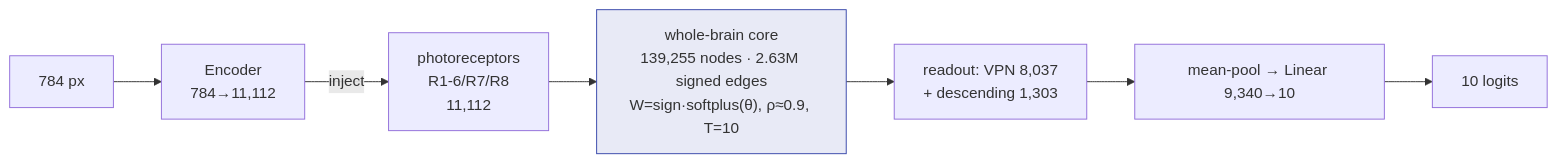
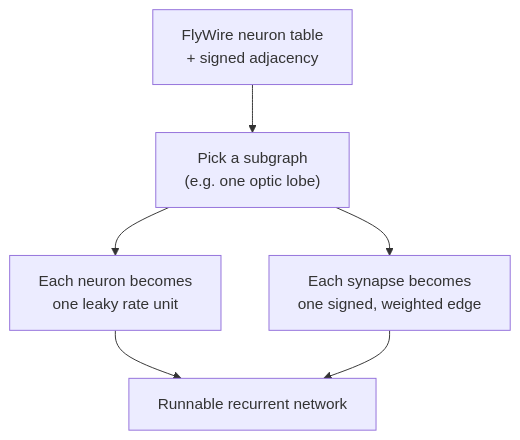
One commit to Mabdel-03/Drosophila-Connectomics---Deep-Learning changed the first of 6 diagrams in 3 - Modeling/MODELS.md. Above: the diagram before and after it, drawn with Mermaid. The commit also changed other lines of this file and 2 other files, not shown here.

````diff
--- a/3 - Modeling/MODELS.md
+++ b/3 - Modeling/MODELS.md
@@ -93,9 +47,8 @@
 ```mermaid
-flowchart LR
-    I["784 px"] --> E["Encoder<br/>784→11,112"]
-    E -->|inject| PR["photoreceptors<br/>R1-6/R7/R8<br/>11,112"]
-    PR --> B["whole-brain core<br/>139,255 nodes · 2.63M signed edges<br/>W=sign·softplus(θ), ρ≈0.9, T=10"]
-    B --> R["readout: VPN 8,037<br/>+ descending 1,303"]
-    R --> H["mean-pool → Linear 9,340→10"] --> O["10 logits"]
-    style B fill:#e8eaf6,stroke:#3949ab
+flowchart TD
+    A["FlyWire neuron table<br/>+ signed adjacency"] --> B["Pick a subgraph<br/>(e.g. one optic lobe)"]
+    B --> C["Each neuron becomes<br/>one leaky rate unit"]
+    B --> D["Each synapse becomes<br/>one signed, weighted edge"]
+    C --> E["Runnable recurrent network"]
+    D --> E
 ```
````
